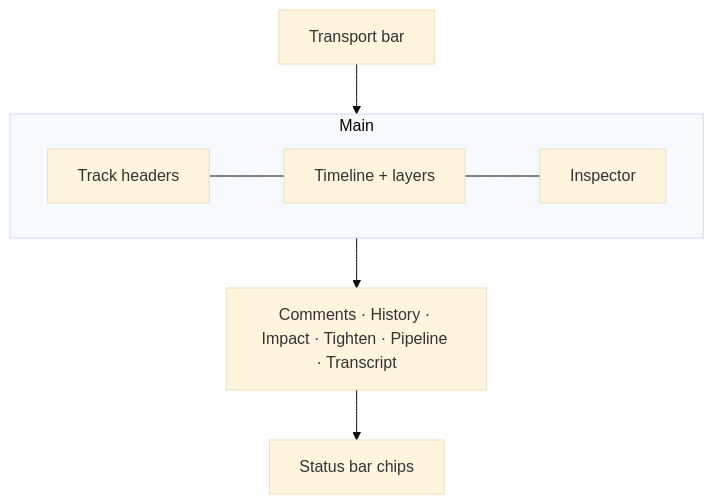
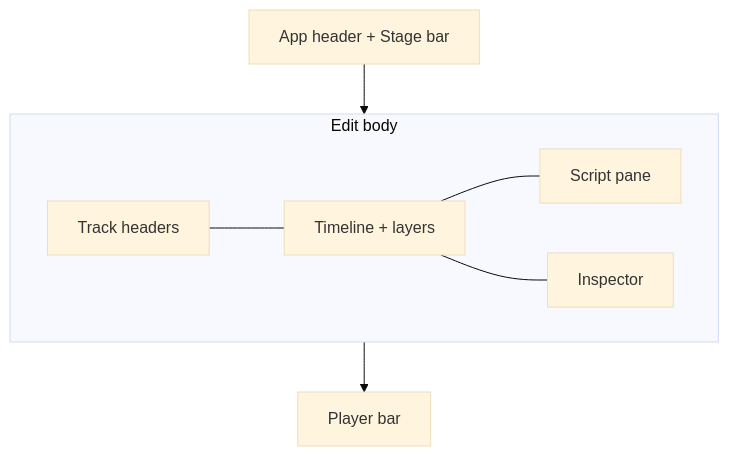
One commit to calebn/sharecut-studio changed the second of 3 diagrams in ux/pages/screen-inventory.md. Above: the diagram before and after it, drawn with Mermaid (base theme). The commit also changed other lines of this file and 26 other files, not shown here.

````diff
--- a/ux/pages/screen-inventory.md
+++ b/ux/pages/screen-inventory.md
@@ -334,11 +340,11 @@
 ```mermaid
 flowchart TB
-  TR[Transport bar]
-  subgraph main [Main]
+  HD[App header + Stage bar]
+  subgraph main [Edit body]
     H[Track headers] --- TL[Timeline + layers]
+    TL --- SC[Script pane]
     TL --- INS[Inspector]
   end
-  TABS[Comments · History · Impact · Tighten · Pipeline · Transcript]
-  ST[Status bar chips]
-  TR --> main --> TABS --> ST
+  PL[Player bar]
+  HD --> main --> PL
 ```
````
